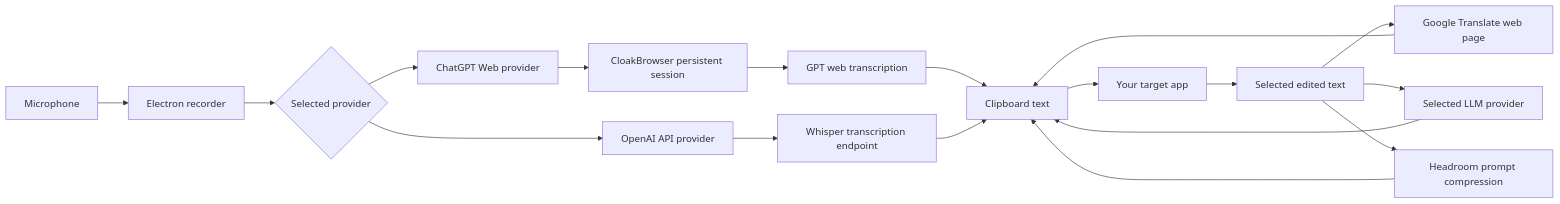
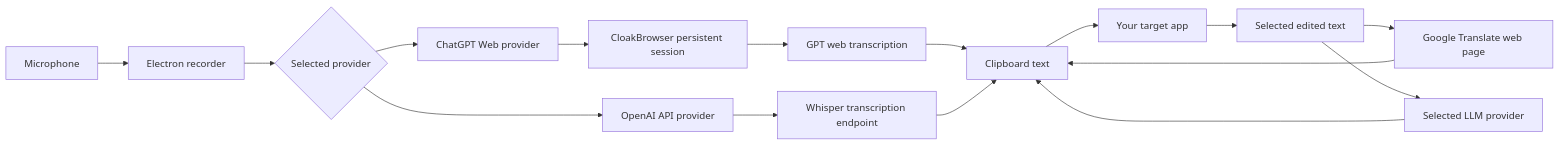
The diagram in README.md (swimmwatch/gpt-voice), drawn with Mermaid before and after one commit. The commit also changed other lines of this file and 22 other files, not shown here.

Commit message:
refactor: remove prompt compression

````diff
--- a/README.md
+++ b/README.md
@@ -52,20 +52,18 @@
 ```mermaid
 flowchart LR
   Mic[Microphone] --> Recorder[Electron recorder]
   Recorder --> Provider{Selected provider}
   Provider --> Web[ChatGPT Web provider]
   Web --> Browser[CloakBrowser persistent session]
   Browser --> ChatGPT[GPT web transcription]
   Provider --> API[OpenAI API provider]
   API --> Whisper[Whisper transcription endpoint]
   ChatGPT --> Clipboard[Clipboard text]
   Whisper --> Clipboard
   Clipboard --> Editor[Your target app]
   Editor --> Selection[Selected edited text]
   Selection --> Google[Google Translate web page]
   Selection --> LLM[Selected LLM provider]
-  Selection --> Headroom[Headroom prompt compression]
   Google --> Clipboard
   LLM --> Clipboard
-  Headroom --> Clipboard
 ```
````
